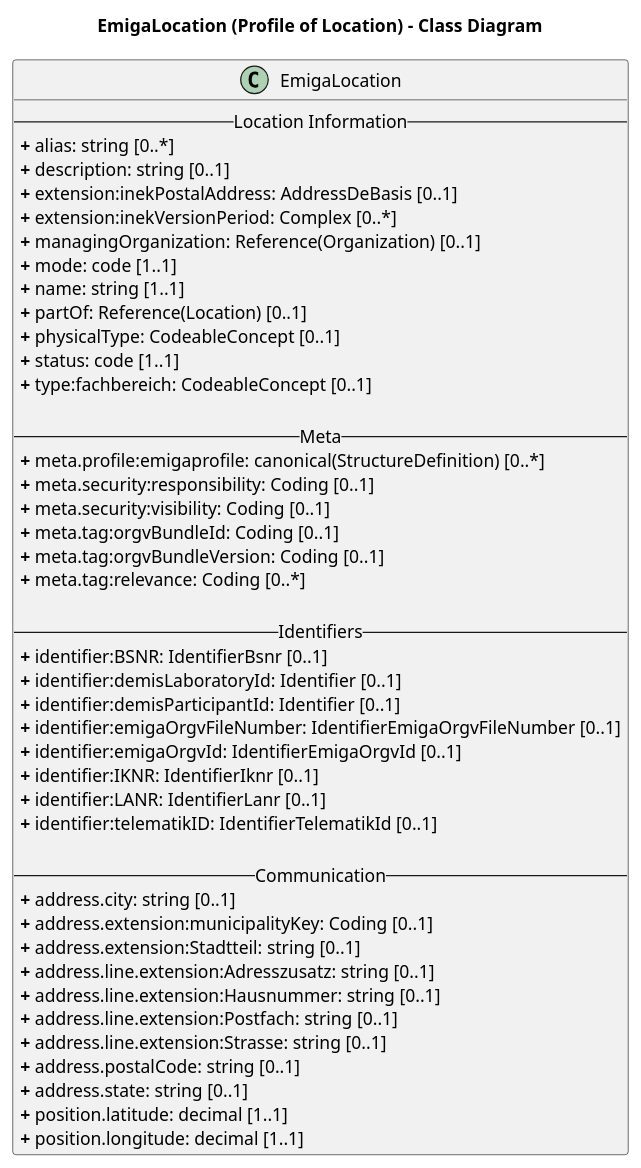
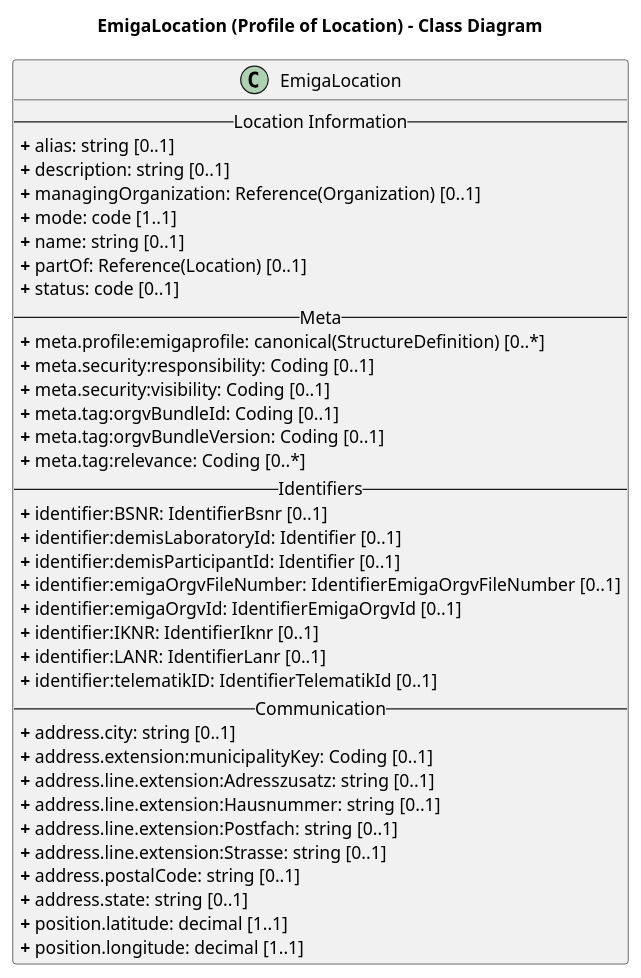
The diagram in rki.emiga.vzd/PlantUML/Location.puml (robert-koch-institut/rki.emiga.vzd), drawn with PlantUML before and after one commit.

Commit message:
feat: feedback review

```diff
--- a/rki.emiga.vzd/PlantUML/Location.puml
+++ b/rki.emiga.vzd/PlantUML/Location.puml
@@ -1,53 +1,45 @@
 @startuml
 skinparam linetype ortho
 
 title EmigaLocation (Profile of Location) - Class Diagram
 
 ' Main Class
 class EmigaLocation{
 -- Location Information --
-<b>+</b> alias: string [0..*]
+<b>+</b> alias: string [0..1]
 <b>+</b> description: string [0..1]
-<b>+</b> extension:inekPostalAddress: AddressDeBasis [0..1]
-<b>+</b> extension:inekVersionPeriod: Complex [0..*]
 <b>+</b> managingOrganization: Reference(Organization) [0..1]
 <b>+</b> mode: code [1..1]
-<b>+</b> name: string [1..1]
+<b>+</b> name: string [0..1]
 <b>+</b> partOf: Reference(Location) [0..1]
-<b>+</b> physicalType: CodeableConcept [0..1]
-<b>+</b> status: code [1..1]
-<b>+</b> type:fachbereich: CodeableConcept [0..1]
-
+<b>+</b> status: code [0..1]
 -- Meta --
 <b>+</b> meta.profile:emigaprofile: canonical(StructureDefinition) [0..*]
 <b>+</b> meta.security:responsibility: Coding [0..1]
 <b>+</b> meta.security:visibility: Coding [0..1]
 <b>+</b> meta.tag:orgvBundleId: Coding [0..1]
 <b>+</b> meta.tag:orgvBundleVersion: Coding [0..1]
 <b>+</b> meta.tag:relevance: Coding [0..*]
-
 -- Identifiers --
 <b>+</b> identifier:BSNR: IdentifierBsnr [0..1] 
 <b>+</b> identifier:demisLaboratoryId: Identifier [0..1]
 <b>+</b> identifier:demisParticipantId: Identifier [0..1]
 <b>+</b> identifier:emigaOrgvFileNumber: IdentifierEmigaOrgvFileNumber [0..1]
 <b>+</b> identifier:emigaOrgvId: IdentifierEmigaOrgvId [0..1]
 <b>+</b> identifier:IKNR: IdentifierIknr [0..1]
 <b>+</b> identifier:LANR: IdentifierLanr [0..1]
 <b>+</b> identifier:telematikID: IdentifierTelematikId [0..1]
-
 -- Communication --
 <b>+</b> address.city: string [0..1]
 <b>+</b> address.extension:municipalityKey: Coding [0..1]
-<b>+</b> address.extension:Stadtteil: string [0..1]
 <b>+</b> address.line.extension:Adresszusatz: string [0..1]
 <b>+</b> address.line.extension:Hausnummer: string [0..1]
 <b>+</b> address.line.extension:Postfach: string [0..1]
 <b>+</b> address.line.extension:Strasse: string [0..1]
 <b>+</b> address.postalCode: string [0..1]
 <b>+</b> address.state: string [0..1]
 <b>+</b> position.latitude: decimal [1..1]
 <b>+</b> position.longitude: decimal [1..1]
 }
 
 @enduml
```
